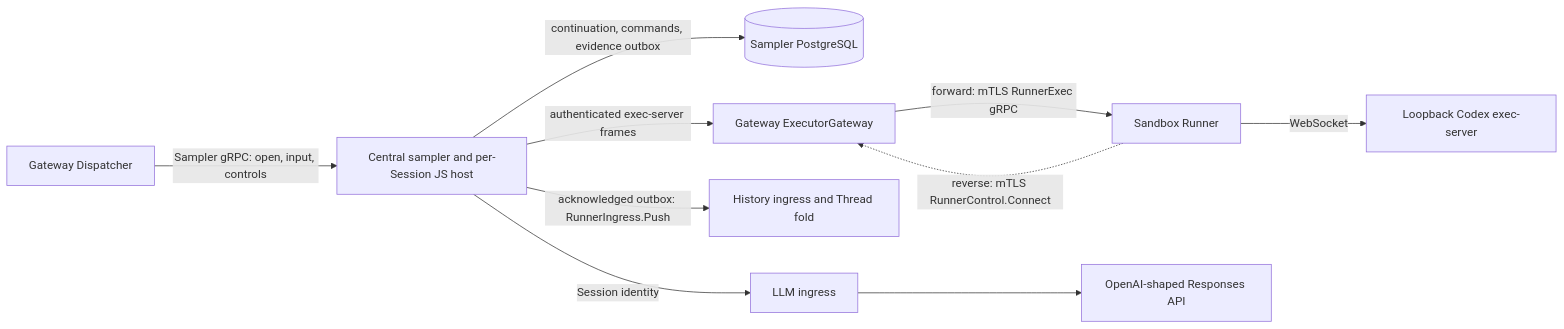
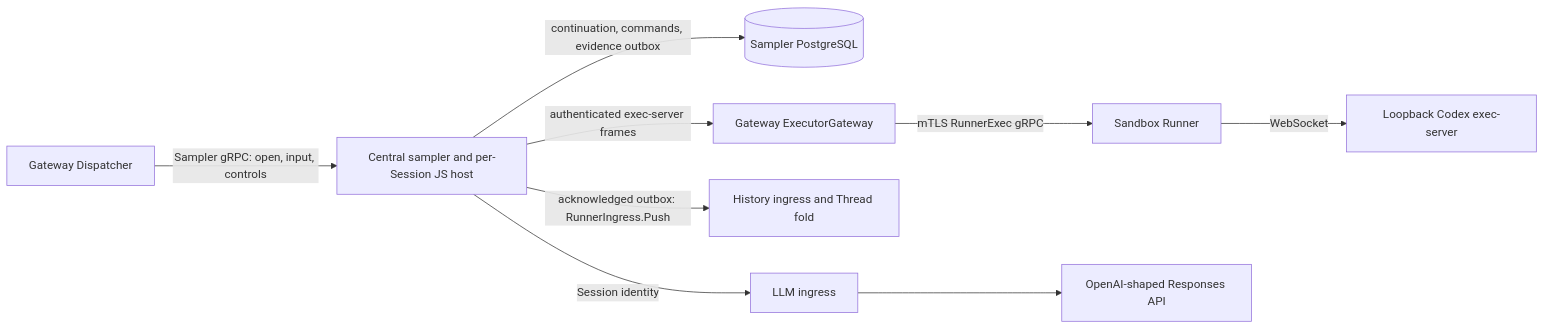
The second of 8 diagrams in agentplane/docs/system_overview.md (agentydragon/ducktape), drawn with Mermaid before and after one commit. The commit also changed other lines of this file and 129 other files, not shown here.

Commit message:
Serve runner control exclusively over direct mTLS gRPC

````diff
--- a/agentplane/docs/system_overview.md
+++ b/agentplane/docs/system_overview.md
@@ -34,20 +34,19 @@
 ```mermaid
 flowchart LR
     dispatcher[Gateway Dispatcher]
     sampler[Central sampler and per-Session JS host]
     db[(Sampler PostgreSQL)]
     gateway[Gateway ExecutorGateway]
     runner[Sandbox Runner]
     executor[Loopback Codex exec-server]
     history[History ingress and Thread fold]
     llm[LLM ingress]
     provider[OpenAI-shaped Responses API]
     dispatcher -->|Sampler gRPC: open, input, controls| sampler
     sampler -->|continuation, commands, evidence outbox| db
     sampler -->|authenticated exec-server frames| gateway
-    runner -.->|reverse: mTLS RunnerControl.Connect| gateway
-    gateway -->|forward: mTLS RunnerExec gRPC| runner
+    gateway -->|mTLS RunnerExec gRPC| runner
     runner -->|WebSocket| executor
     sampler -->|acknowledged outbox: RunnerIngress.Push| history
     sampler -->|Session identity| llm --> provider
 ```
````
